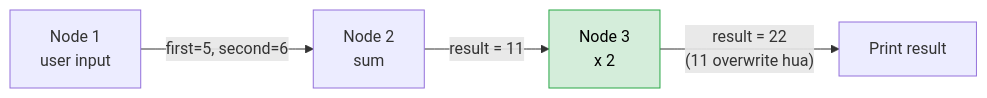
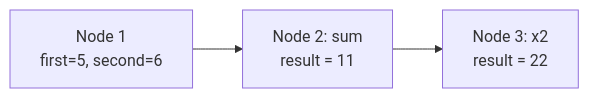
One commit to pallav2712/langGraph-campusx-notes changed diagram 12 of 18 in V04-LangGraph core concepts/README.md. Above: the diagram before and after it, drawn with Mermaid. The commit also changed other lines of this file, not shown here.

Commit message:
v04 langGraph core concepts updated graphs and notes balanced

````diff
--- a/V04-LangGraph core concepts/README.md
+++ b/V04-LangGraph core concepts/README.md
@@ -431,7 +415,4 @@
 ```mermaid
 flowchart LR
-    N1["Node 1<br/>user input"] -->|"first=5, second=6"| N2["Node 2<br/>sum"]
-    N2 -->|"result = 11"| N3["Node 3<br/>x 2"]
-    N3 -->|"result = 22<br/>(11 overwrite hua)"| N4["Print result"]
-    style N3 fill:#d4edda,stroke:#28a745,color:#000
+    N1["Node 1<br/>first=5, second=6"] --> N2["Node 2: sum<br/>result = 11"] --> N3["Node 3: x2<br/>result = 22"]
 ```
````
